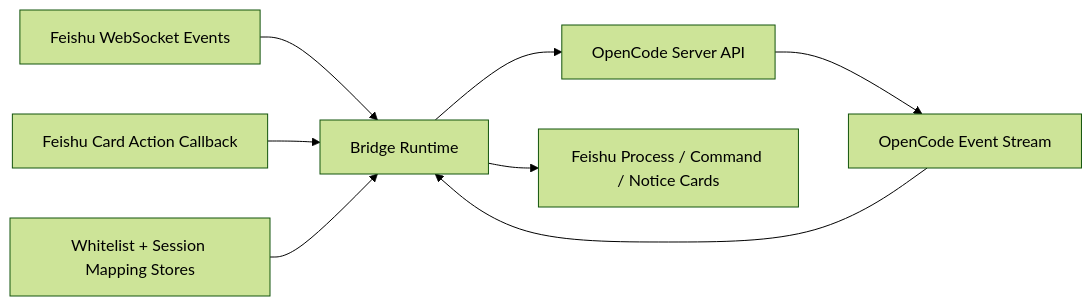
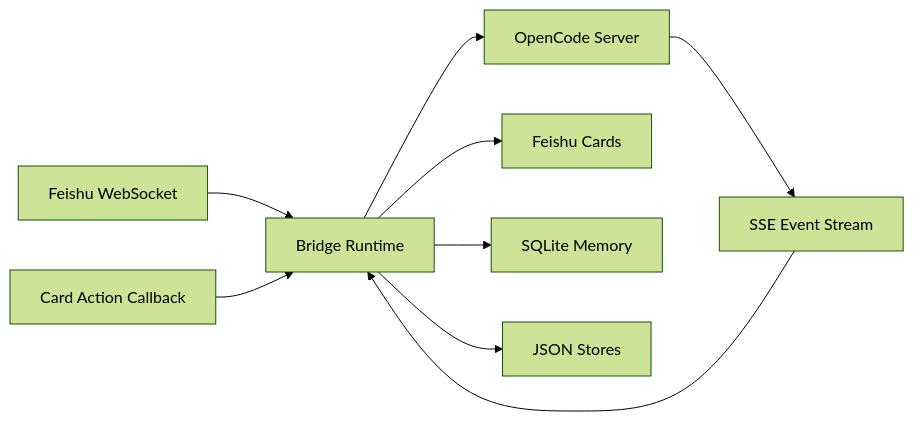
The diagram in README.md (Clukay-Fun/feishu-opencode-bridge), drawn with Mermaid (forest theme) before and after one commit. The commit also changed other lines of this file and 2 other files, not shown here.

````diff
--- a/README.md
+++ b/README.md
@@ -38,10 +36,11 @@
 ```mermaid
 flowchart LR
-    A["Feishu WebSocket Events"] --> B["Bridge Runtime"]
-    B --> C["OpenCode Server API"]
-    C --> D["OpenCode Event Stream"]
+    A[Feishu WebSocket] --> B[Bridge Runtime]
+    B --> C[OpenCode Server]
+    C --> D[SSE Event Stream]
     D --> B
-    B --> E["Feishu Process / Command / Notice Cards"]
-    F["Feishu Card Action Callback"] --> B
-    G["Whitelist + Session Mapping Stores"] --> B
+    B --> E[Feishu Cards]
+    F[Card Action Callback] --> B
+    B --> G[SQLite Memory]
+    B --> H[JSON Stores]
 ```
````
